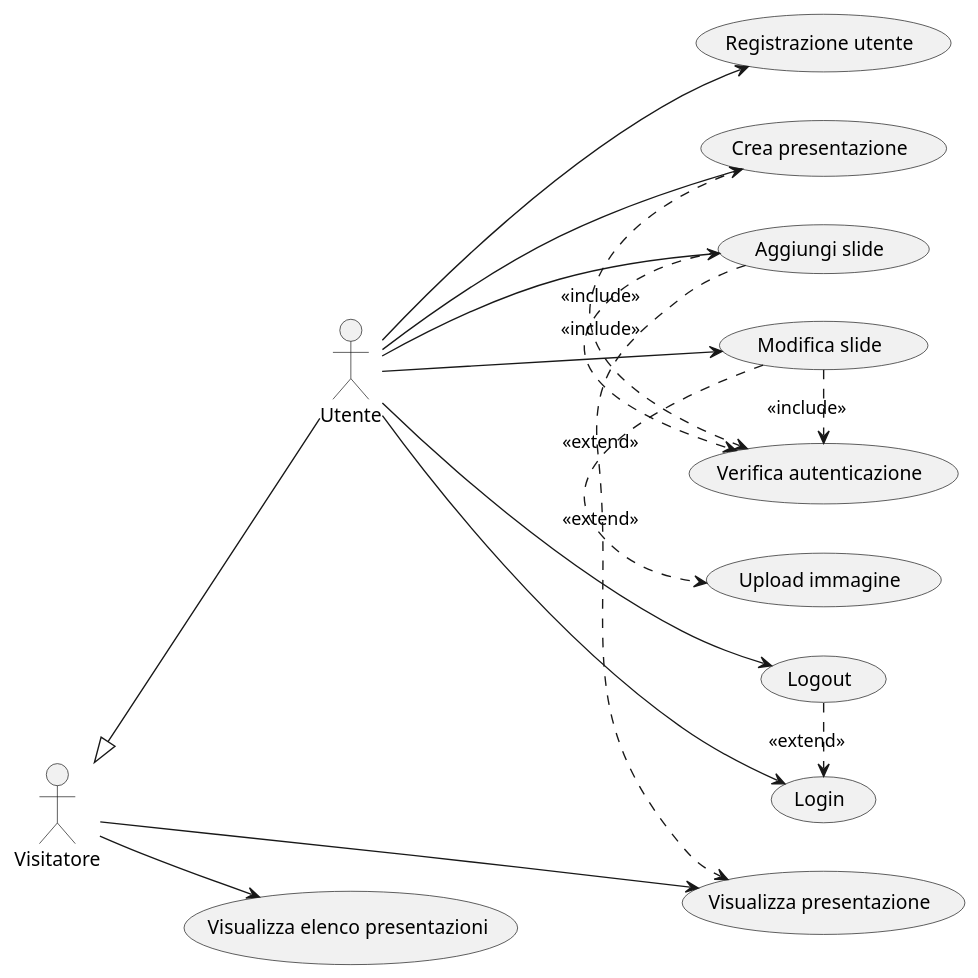
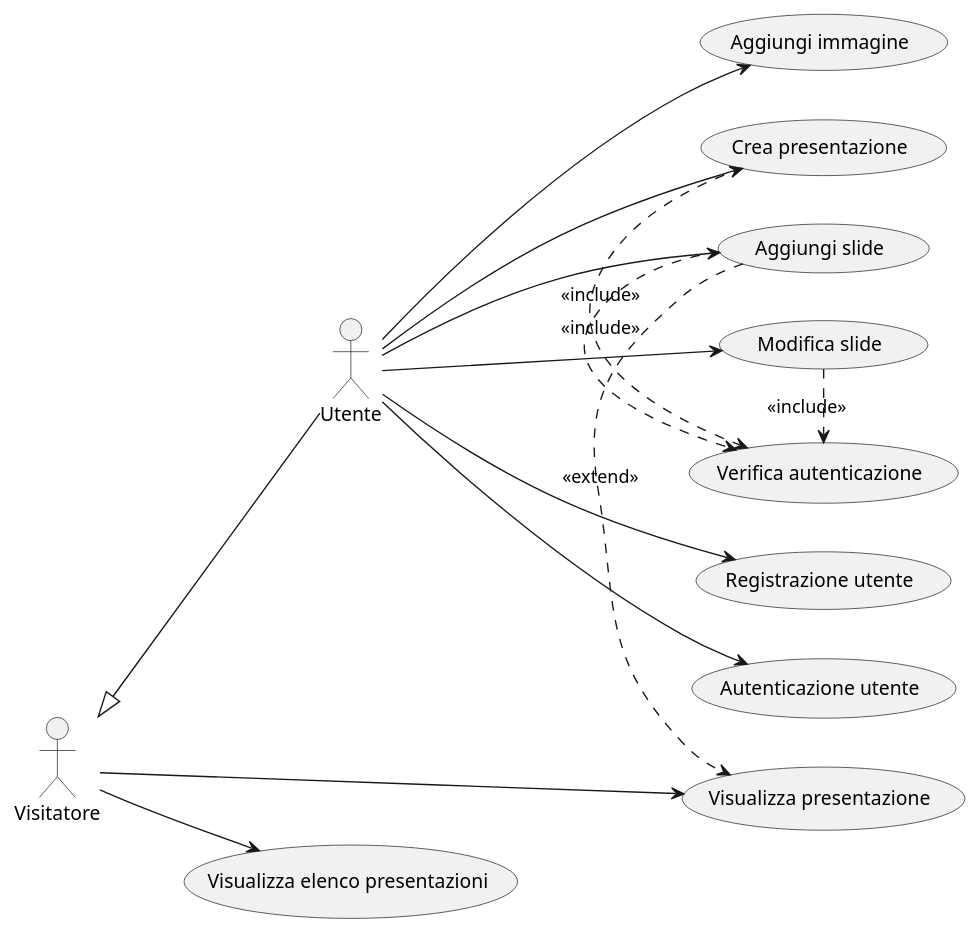
Before and after one commit to CristianMonticelli/Progetto_Maturita: the diagram in diagramma_casi_uso.puml, drawn with PlantUML. The commit also changed 1 other file, not shown here.

```diff
--- a/diagramma_casi_uso.puml
+++ b/diagramma_casi_uso.puml
@@ -1,24 +1,22 @@
 @startuml casi_uso_slidesapp
 left to right direction
 actor Visitatore
 actor Utente
 Visitatore <|-- Utente
 
 Visitatore --> (Visualizza elenco presentazioni)
 Visitatore --> (Visualizza presentazione)
 
 Utente --> (Registrazione utente)
-Utente --> (Login)
-Utente --> (Logout)
+Utente --> (Autenticazione utente)
 Utente --> (Crea presentazione)
 Utente --> (Aggiungi slide)
+Utente --> (Aggiungi immagine)
 Utente --> (Modifica slide)
 
 (Crea presentazione) .> (Verifica autenticazione) : <<include>>
 (Aggiungi slide) .> (Verifica autenticazione) : <<include>>
 (Modifica slide) .> (Verifica autenticazione) : <<include>>
 
-(Logout) .> (Login) : <<extend>>
-(Modifica slide) .> (Upload immagine) : <<extend>>
 (Aggiungi slide) .> (Visualizza presentazione) : <<extend>>
 @enduml
```
